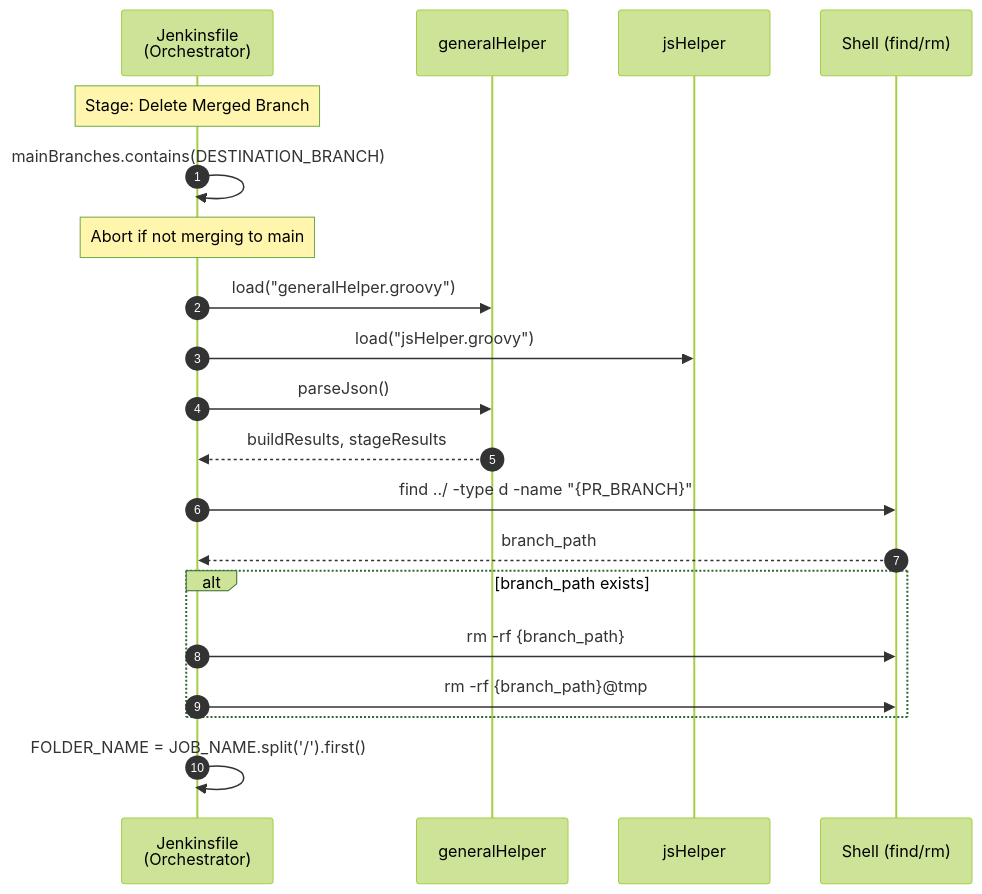
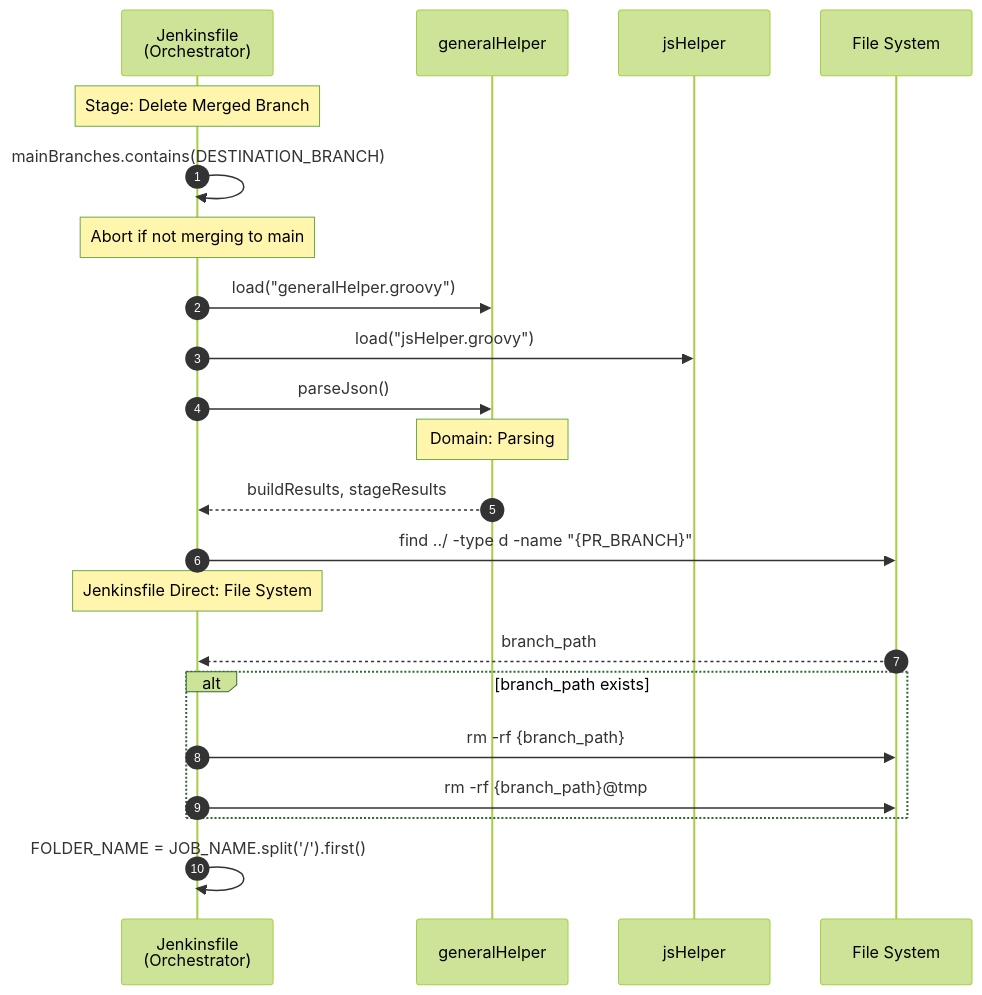
One commit to JindoKimKor/Self-Binnacle changed the second of 11 diagrams in Voyages/Projects/VARLab-work-transfer/portfolios/devops-jenkins-linux/4-layer-architecture-and-logger-system-integration/problem-analysis/pipeline-sequence-diagrams/js-cd.md. Above: the diagram before and after it, drawn with Mermaid (forest theme). The commit also changed other lines of this file and 55 other files, not shown here.

First line of the commit message:
refactor(4-layer-architecture): Standardize analysis document naming and format

````diff
--- a/Voyages/Projects/VARLab-work-transfer/portfolios/devops-jenkins-linux/4-layer-architecture-and-logger-system-integration/problem-analysis/pipeline-sequence-diagrams/js-cd.md
+++ b/Voyages/Projects/VARLab-work-transfer/portfolios/devops-jenkins-linux/4-layer-architecture-and-logger-system-integration/problem-analysis/pipeline-sequence-diagrams/js-cd.md
@@ -86,30 +89,32 @@
 ```mermaid
 sequenceDiagram
     autonumber
 
     participant JF as Jenkinsfile<br/>(Orchestrator)
     participant GH as generalHelper
     participant JSH as jsHelper
-    participant Shell as Shell (find/rm)
+    participant FS as File System
 
     Note over JF: Stage: Delete Merged Branch
 
     JF->>JF: mainBranches.contains(DESTINATION_BRANCH)
     Note over JF: Abort if not merging to main
 
     JF->>GH: load("generalHelper.groovy")
     JF->>JSH: load("jsHelper.groovy")
 
     JF->>GH: parseJson()
+    Note over GH: Domain: Parsing
     GH-->>JF: buildResults, stageResults
 
-    JF->>Shell: find ../ -type d -name "{PR_BRANCH}"
-    Shell-->>JF: branch_path
+    JF->>FS: find ../ -type d -name "{PR_BRANCH}"
+    Note over JF: Jenkinsfile Direct: File System
+    FS-->>JF: branch_path
 
     alt branch_path exists
-        JF->>Shell: rm -rf {branch_path}
-        JF->>Shell: rm -rf {branch_path}@tmp
+        JF->>FS: rm -rf {branch_path}
+        JF->>FS: rm -rf {branch_path}@tmp
     end
 
     JF->>JF: FOLDER_NAME = JOB_NAME.split('/').first()
 ```
````
